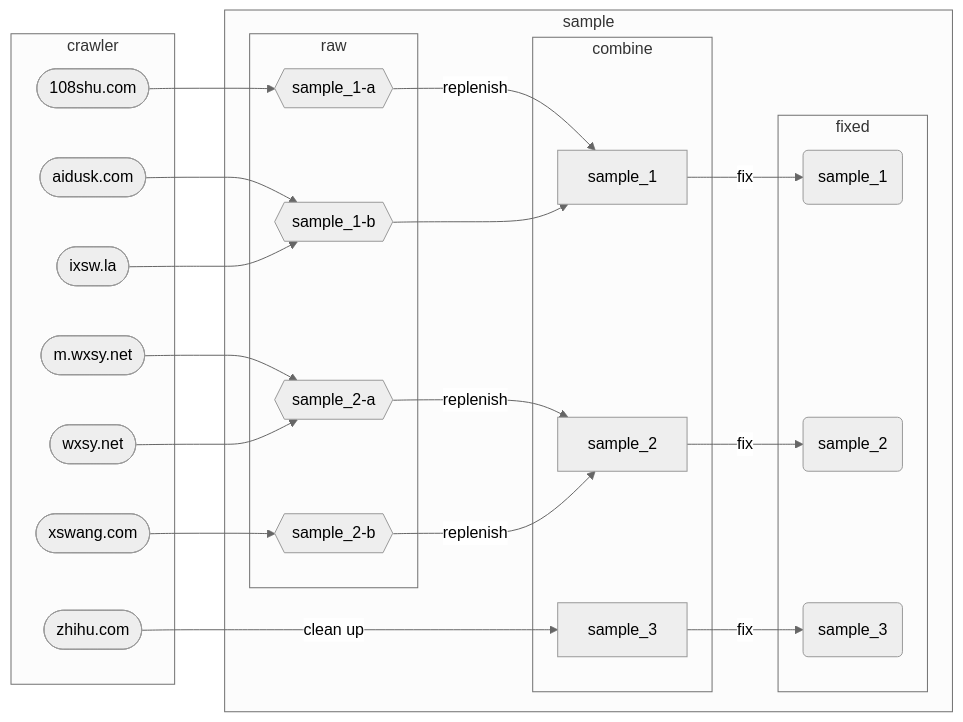
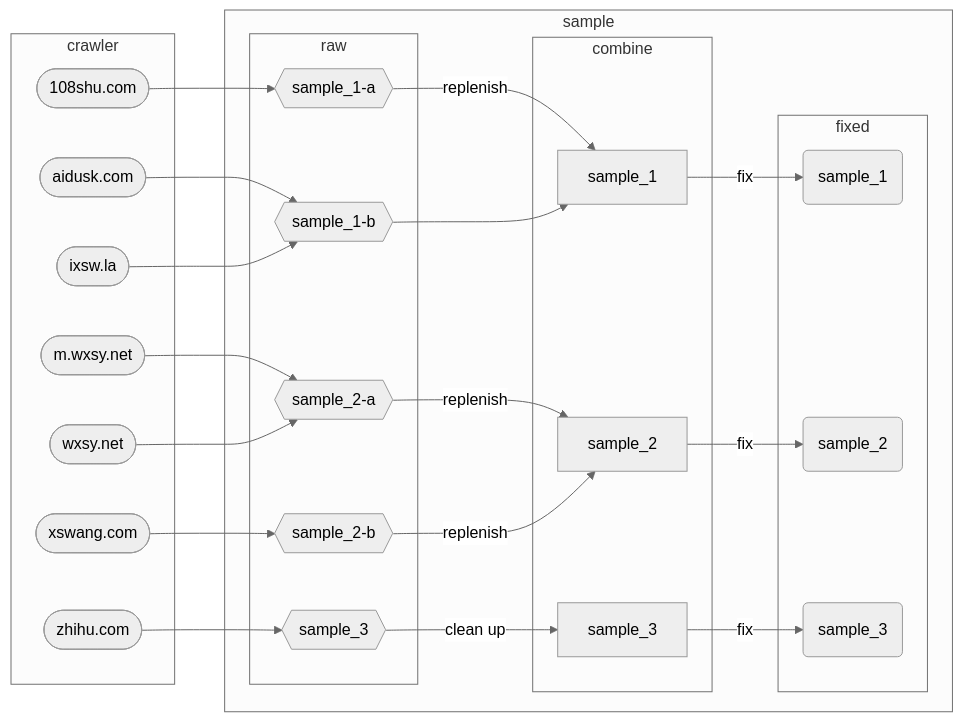
Before and after one commit to dnomd343/xxrs-crawler: the diagram in README.md, drawn with Mermaid (neutral theme).

Commit message:
docs: add s3_raw

````diff
--- a/README.md
+++ b/README.md
@@ -3,42 +3,44 @@
 ```mermaid
   graph LR
     subgraph sample
       subgraph raw
         s1a_raw{{sample_1-a}}
         s1b_raw{{sample_1-b}}
         s2a_raw{{sample_2-a}}
         s2b_raw{{sample_2-b}}
+        s3_raw{{sample_3}}
       end
 
       subgraph combine
         s1_combine[sample_1]
         s2_combine[sample_2]
         s3_combine[sample_3]
       end
 
       subgraph fixed
         s1_fixed(sample_1)
         s2_fixed(sample_2)
         s3_fixed(sample_3)
       end
 
       s1a_raw -- replenish --> s1_combine
       s1b_raw --> s1_combine
       s2a_raw -- replenish --> s2_combine
       s2b_raw -- replenish --> s2_combine
+      s3_raw -- clean up --> s3_combine
 
       s1_combine -- fix --> s1_fixed
       s2_combine -- fix --> s2_fixed
       s3_combine -- fix --> s3_fixed
     end
 
     subgraph crawler
       source_1([108shu.com]) --> s1a_raw
       source_2([aidusk.com]) --> s1b_raw
       source_3([ixsw.la]) --> s1b_raw
       source_4([m.wxsy.net]) --> s2a_raw
       source_5([wxsy.net]) --> s2a_raw
       source_6([xswang.com]) --> s2b_raw
-      source_7([zhihu.com]) -- clean up --> s3_combine
+      source_7([zhihu.com]) --> s3_raw
     end
 ```
````
